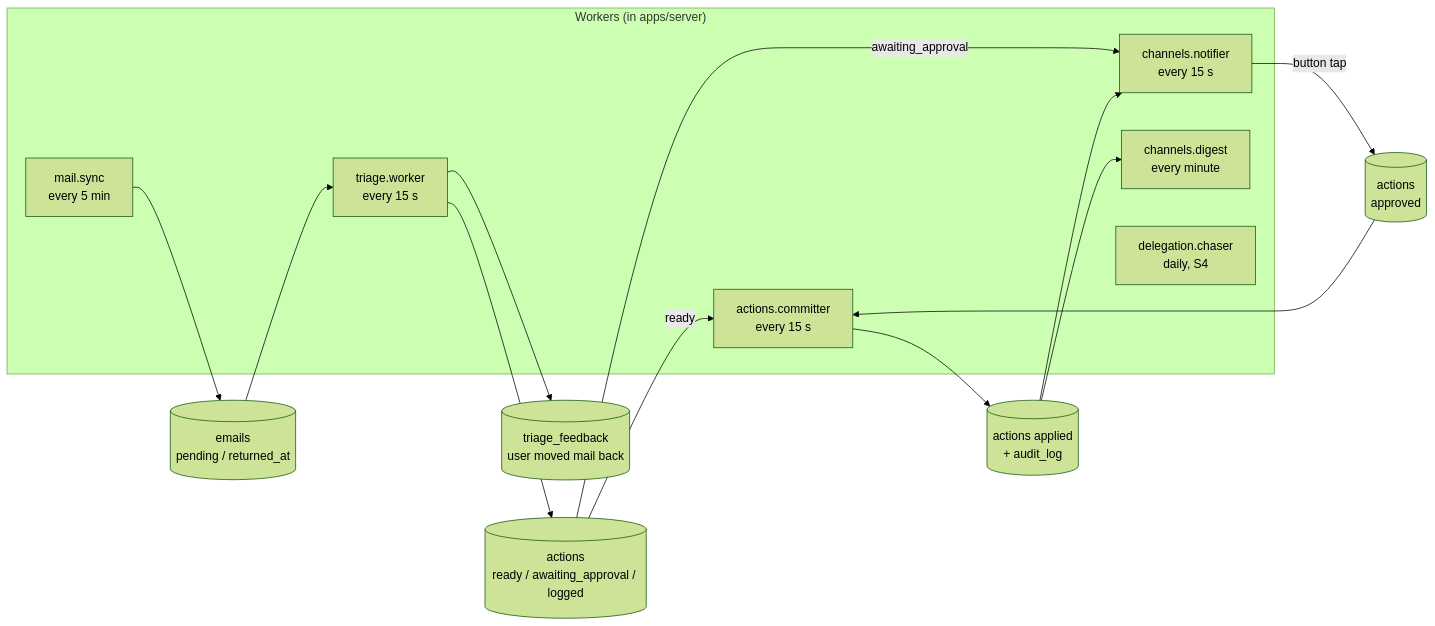
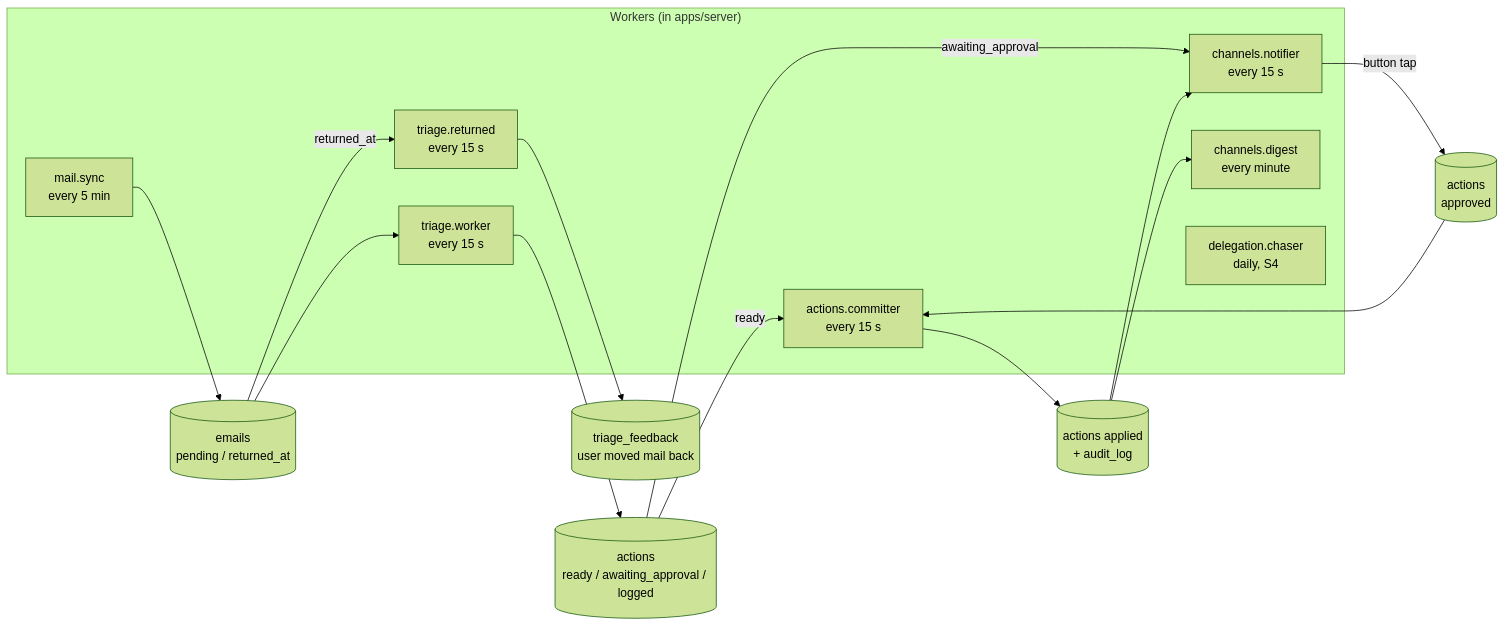
One commit to Artexs/email_assistant changed the first of 2 diagrams in docs/modules.md. Above: the diagram before and after it, drawn with Mermaid (forest theme). The commit also changed other lines of this file and 15 other files, not shown here.

````diff
--- a/docs/modules.md
+++ b/docs/modules.md
@@ -32,23 +32,25 @@
 ```mermaid
 flowchart LR
     subgraph Jobs["Workers (in apps/server)"]
         J1[mail.sync<br/>every 5 min]
         J2[triage.worker<br/>every 15 s]
         J3[actions.committer<br/>every 15 s]
         J4[channels.notifier<br/>every 15 s]
         J5[channels.digest<br/>every minute]
         J6[delegation.chaser<br/>daily, S4]
+        J7[triage.returned<br/>every 15 s]
     end
 
     J1 --> E1[(emails<br/>pending / returned_at)]
     E1 --> J2
-    J2 --> F1[(triage_feedback<br/>user moved mail back)]
+    E1 -->|returned_at| J7
+    J7 --> F1[(triage_feedback<br/>user moved mail back)]
     J2 --> A1[(actions<br/>ready / awaiting_approval / logged)]
     A1 -->|ready| J3
     A1 -->|awaiting_approval| J4
     J4 -->|button tap| A2[(actions<br/>approved)]
     A2 --> J3
     J3 --> A3[(actions applied<br/>+ audit_log)]
     A3 --> J4
     A3 --> J5
 ```
````
